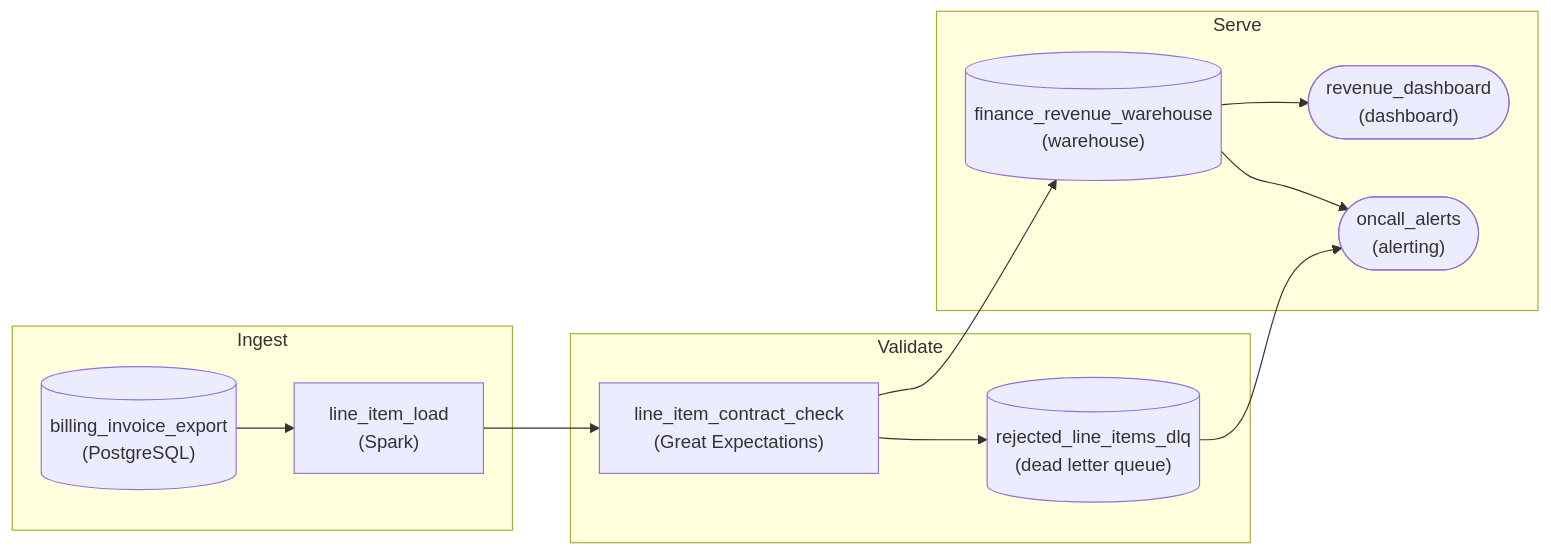
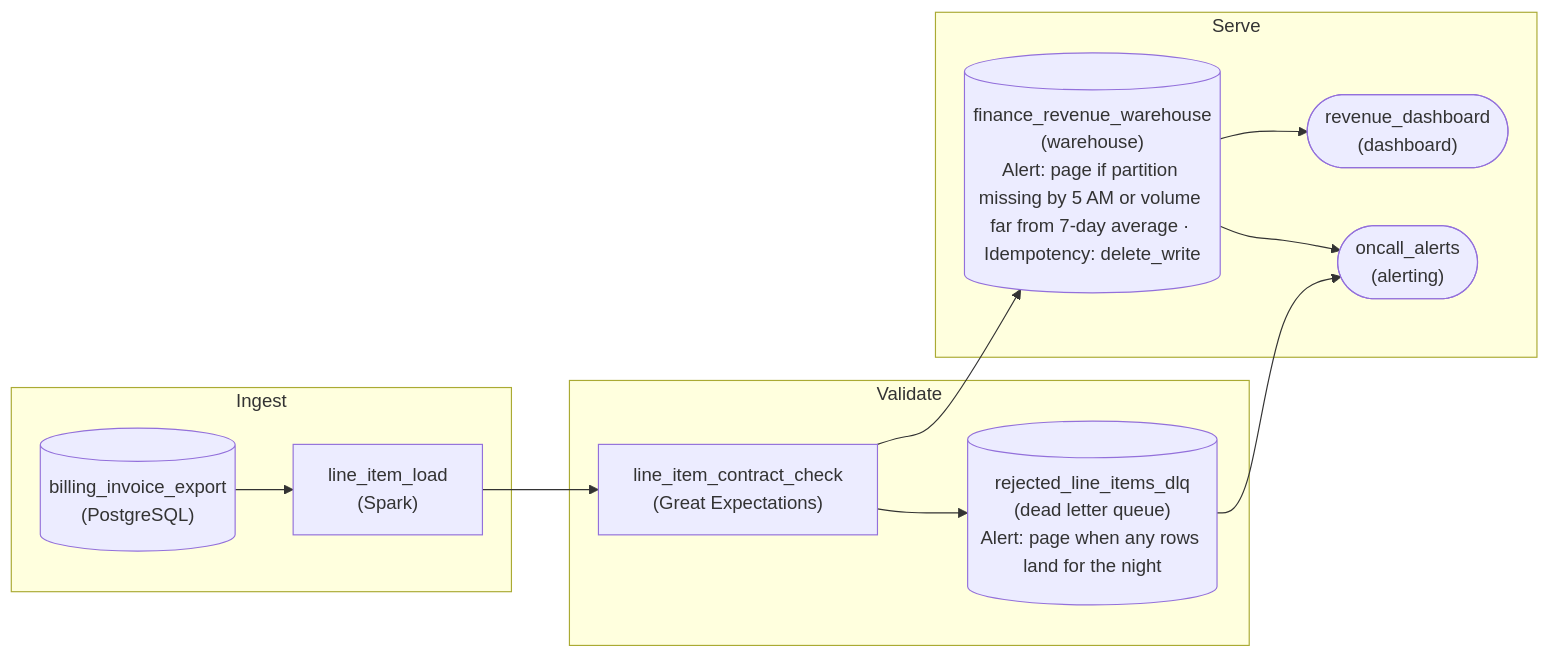
One commit to Dulain-Willis/study-helper changed the first of 2 diagrams in lesson_preview/interview/architecture/pa_pattern_make_it_reliable_intermediate.md. Above: the diagram before and after it, drawn with Mermaid. The commit also changed other lines of this file and 26 other files, not shown here.

First line of the commit message:
Mermaid diagrams: show tags and extra values inside each node (#43)

````diff
--- a/lesson_preview/interview/architecture/pa_pattern_make_it_reliable_intermediate.md
+++ b/lesson_preview/interview/architecture/pa_pattern_make_it_reliable_intermediate.md
@@ -608,23 +608,23 @@
 ```mermaid
 flowchart LR
     subgraph L0["Ingest"]
         n0[("billing_invoice_export<br/>(PostgreSQL)")]
         n1["line_item_load<br/>(Spark)"]
     end
     subgraph L1["Validate"]
         n2["line_item_contract_check<br/>(Great Expectations)"]
-        n3[("rejected_line_items_dlq<br/>(dead letter queue)")]
+        n3[("rejected_line_items_dlq<br/>(dead letter queue)<br/>Alert: page when any rows land for the night")]
     end
     subgraph L2["Serve"]
-        n4[("finance_revenue_warehouse<br/>(warehouse)")]
+        n4[("finance_revenue_warehouse<br/>(warehouse)<br/>Alert: page if partition missing by 5 AM or volume far from 7-day average · Idempotency: delete_write")]
         n5(["revenue_dashboard<br/>(dashboard)"])
         n6(["oncall_alerts<br/>(alerting)"])
     end
     n0 --> n1
     n1 --> n2
     n2 --> n4
     n2 --> n3
     n4 --> n5
     n3 --> n6
     n4 --> n6
 ```
````
